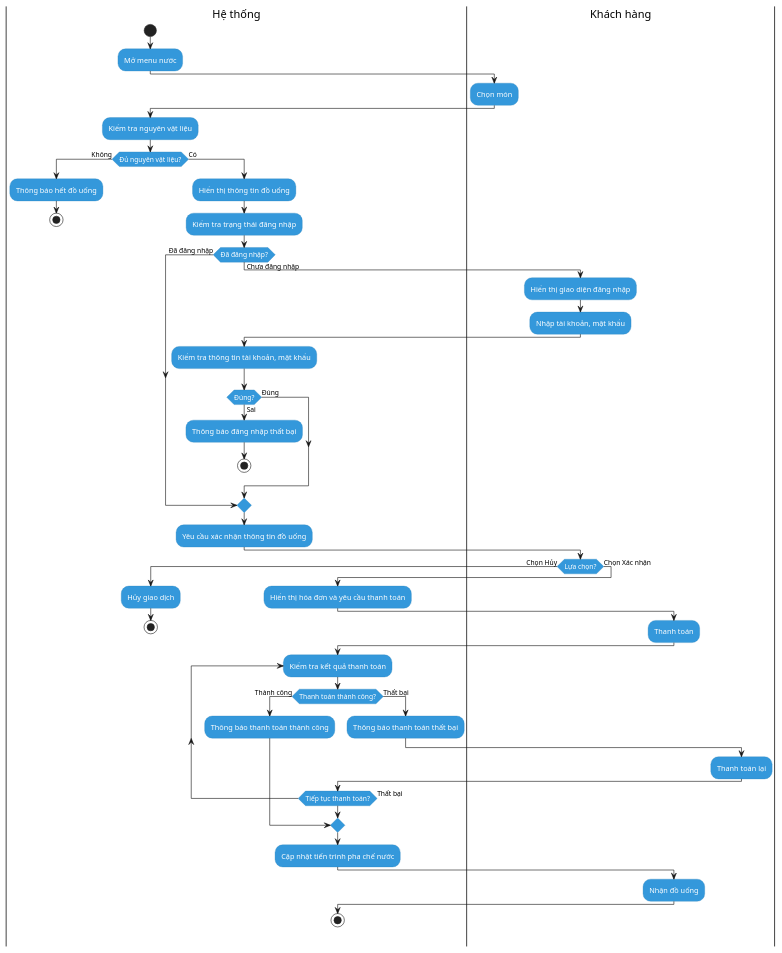
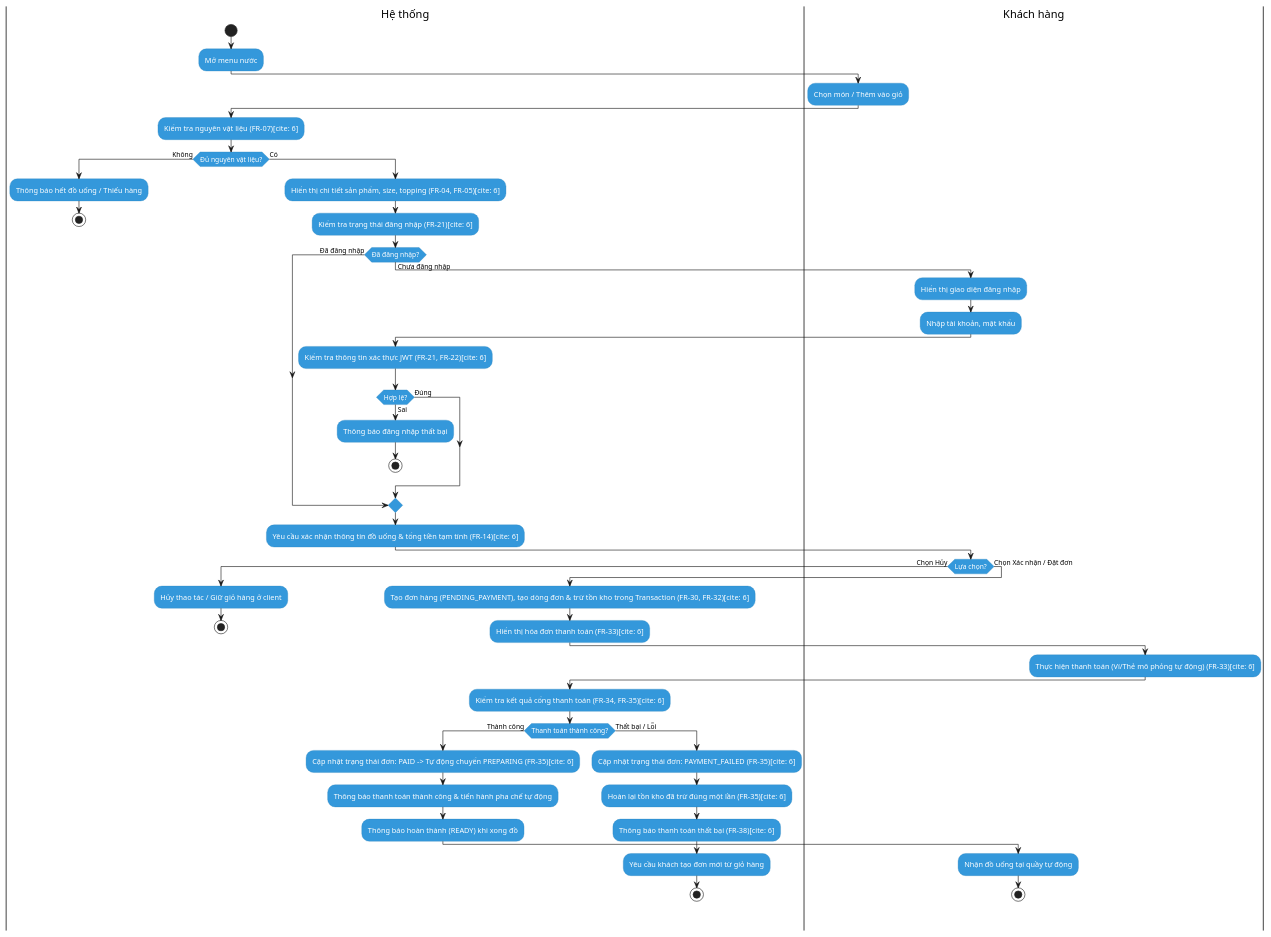
The diagram in docs/diagrams/activity-diagram.puml (nhattranhuynhthien/BrewLite_Assignment_2), drawn with PlantUML before and after one commit. The commit also changed 2 other files, not shown here.

Commit message:
sửa sơ đồ hoạt động

```diff
--- a/docs/diagrams/activity-diagram.puml
+++ b/docs/diagrams/activity-diagram.puml
@@ -1,76 +1,76 @@
 @startuml
 skinparam DefaultTextAlignment center
 skinparam ActivityBackgroundColor #3498DB
 skinparam ActivityBorderColor #2980B9
 skinparam ActivityFontColor White
 skinparam SwimlaneBorderColor #333333
 
 |Hệ thống|
 start
 :Mở menu nước;
 
 |Khách hàng|
-:Chọn món;
+:Chọn món / Thêm vào giỏ;
 
 |Hệ thống|
-:Kiểm tra nguyên vật liệu;
+:Kiểm tra nguyên vật liệu (FR-07)[cite: 6];
 if (Đủ nguyên vật liệu?) then (Không)
-    :Thông báo hết đồ uống;
+    :Thông báo hết đồ uống / Thiếu hàng;
     stop
 else (Có)
-    :Hiển thị thông tin đồ uống;
-    :Kiểm tra trạng thái đăng nhập;
+    :Hiển thị chi tiết sản phẩm, size, topping (FR-04, FR-05)[cite: 6];
+    :Kiểm tra trạng thái đăng nhập (FR-21)[cite: 6];
     
     if (Đã đăng nhập?) then (Chưa đăng nhập)
         |Khách hàng|
         :Hiển thị giao diện đăng nhập;
         :Nhập tài khoản, mật khẩu;
         
         |Hệ thống|
-        :Kiểm tra thông tin tài khoản, mật khẩu;
-        if (Đúng?) then (Sai)
+        :Kiểm tra thông tin xác thực JWT (FR-21, FR-22)[cite: 6];
+        if (Hợp lệ?) then (Sai)
             :Thông báo đăng nhập thất bại;
             stop
         else (Đúng)
         endif
     else (Đã đăng nhập)
     endif
     
     |Hệ thống|
-    :Yêu cầu xác nhận thông tin đồ uống;
+    :Yêu cầu xác nhận thông tin đồ uống & tổng tiền tạm tính (FR-14)[cite: 6];
     
     |Khách hàng|
     if (Lựa chọn?) then (Chọn Hủy)
         |Hệ thống|
-        :Hủy giao dịch;
+        :Hủy thao tác / Giữ giỏ hàng ở client;
         stop
-    else (Chọn Xác nhận)
+    else (Chọn Xác nhận / Đặt đơn)
         |Hệ thống|
-        :Hiển thị hóa đơn và yêu cầu thanh toán;
+        :Tạo đơn hàng (PENDING_PAYMENT), tạo dòng đơn & trừ tồn kho trong Transaction (FR-30, FR-32)[cite: 6];
+        :Hiển thị hóa đơn thanh toán (FR-33)[cite: 6];
         
         |Khách hàng|
-        :Thanh toán;
+        :Thực hiện thanh toán (Ví/Thẻ mô phỏng tự động) (FR-33)[cite: 6];
         
         |Hệ thống|
-        repeat :Kiểm tra kết quả thanh toán;
-            if (Thanh toán thành công?) then (Thành công)
-                #3498DB:Thông báo thanh toán thành công;
-                break
-            else (Thất bại)
-                :Thông báo thanh toán thất bại;
-                |Khách hàng|
-                :Thanh toán lại;
-                |Hệ thống|
-            endif
-        repeat while (Tiếp tục thanh toán?) is (Thất bại)
+        :Kiểm tra kết quả cổng thanh toán (FR-34, FR-35)[cite: 6];
         
-        :Cập nhật tiến trình pha chế nước;
-        
-        |Khách hàng|
-        :Nhận đồ uống;
-        
-        |Hệ thống|
-        stop
+        if (Thanh toán thành công?) then (Thành công)
+            :Cập nhật trạng thái đơn: PAID -> Tự động chuyển PREPARING (FR-35)[cite: 6];
+            :Thông báo thanh toán thành công & tiến hành pha chế tự động;
+            :Thông báo hoàn thành (READY) khi xong đồ;
+            
+            |Khách hàng|
+            :Nhận đồ uống tại quầy tự động;
+            stop
+        else (Thất bại / Lỗi)
+            |Hệ thống|
+            :Cập nhật trạng thái đơn: PAYMENT_FAILED (FR-35)[cite: 6];
+            :Hoàn lại tồn kho đã trừ đúng một lần (FR-35)[cite: 6];
+            :Thông báo thanh toán thất bại (FR-38)[cite: 6];
+            :Yêu cầu khách tạo đơn mới từ giỏ hàng;
+            stop
+        endif
     endif
 endif
 @enduml
```
